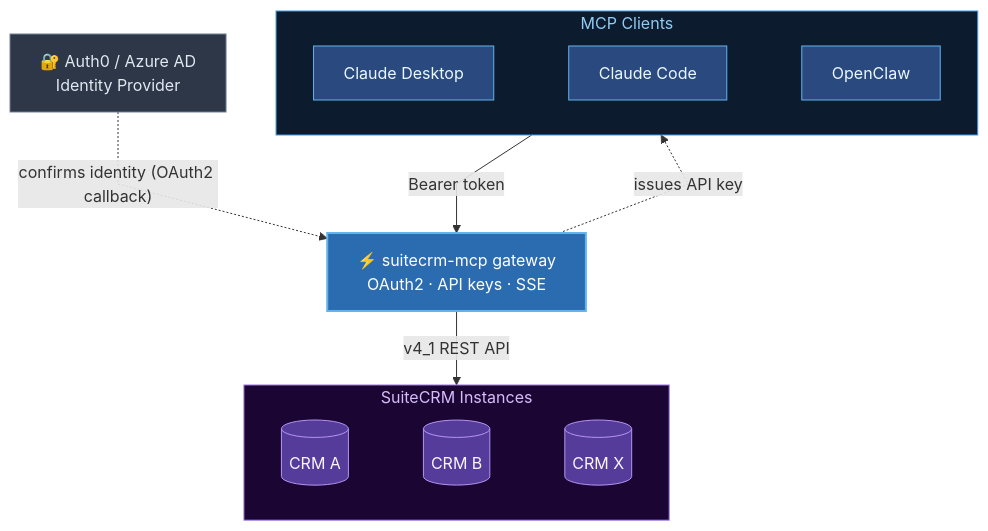
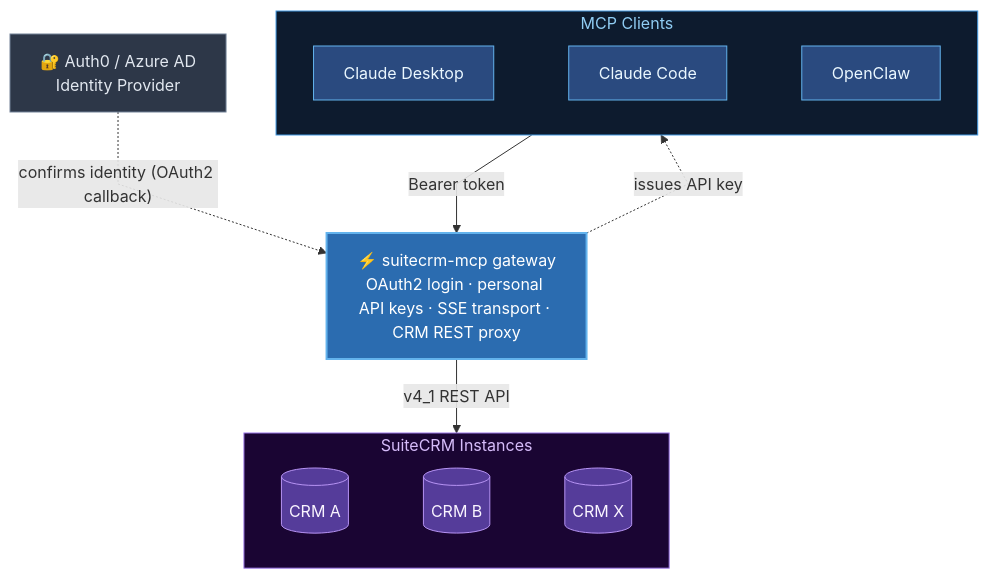
One commit to Anirudhx7/suitecrm-mcp changed the diagram in README.md. Above: the diagram before and after it, drawn with Mermaid.

Commit message:
fix: widen gateway node label in architecture diagram

````diff
--- a/README.md
+++ b/README.md
@@ -98,31 +98,31 @@
 ```mermaid
 %%{init: {"flowchart": {"curve": "linear"}}}%%
 flowchart TB
     IdP["🔐 Auth0 / Azure AD\nIdentity Provider"]
 
     subgraph Clients["MCP Clients"]
         CD["Claude Desktop"] ~~~ CC["Claude Code"] ~~~ OC["OpenClaw"]
     end
 
-    GW["⚡ suitecrm-mcp gateway\nOAuth2 · API keys · SSE"]
+    GW["⚡ suitecrm-mcp gateway\nOAuth2 login · personal API keys · SSE transport · CRM REST proxy"]
 
     subgraph CRMs["SuiteCRM Instances"]
         C1[("CRM A")] ~~~ C2[("CRM B")] ~~~ CX[("CRM X")]
     end
 
     IdP -.->|"confirms identity (OAuth2 callback)"| GW
     GW -.->|"issues API key"| Clients
     Clients -->|"Bearer token"| GW
     GW -->|"v4_1 REST API"| CRMs
 
     style GW fill:#2b6cb0,stroke:#63b3ed,stroke-width:2px,color:#fff
     style IdP fill:#2d3748,stroke:#718096,color:#e2e8f0
     style CD fill:#2a4a7f,stroke:#63b3ed,stroke-width:1px,color:#ebf8ff
     style CC fill:#2a4a7f,stroke:#63b3ed,stroke-width:1px,color:#ebf8ff
     style OC fill:#2a4a7f,stroke:#63b3ed,stroke-width:1px,color:#ebf8ff
     style C1 fill:#553c9a,stroke:#b794f4,stroke-width:1px,color:#faf5ff
     style C2 fill:#553c9a,stroke:#b794f4,stroke-width:1px,color:#faf5ff
     style CX fill:#553c9a,stroke:#b794f4,stroke-width:1px,color:#faf5ff
     style Clients fill:#0d1b2e,stroke:#4299e1,stroke-width:1px,color:#90cdf4
     style CRMs fill:#1a0533,stroke:#9f7aea,stroke-width:1px,color:#d6bcfa
 ```
````
